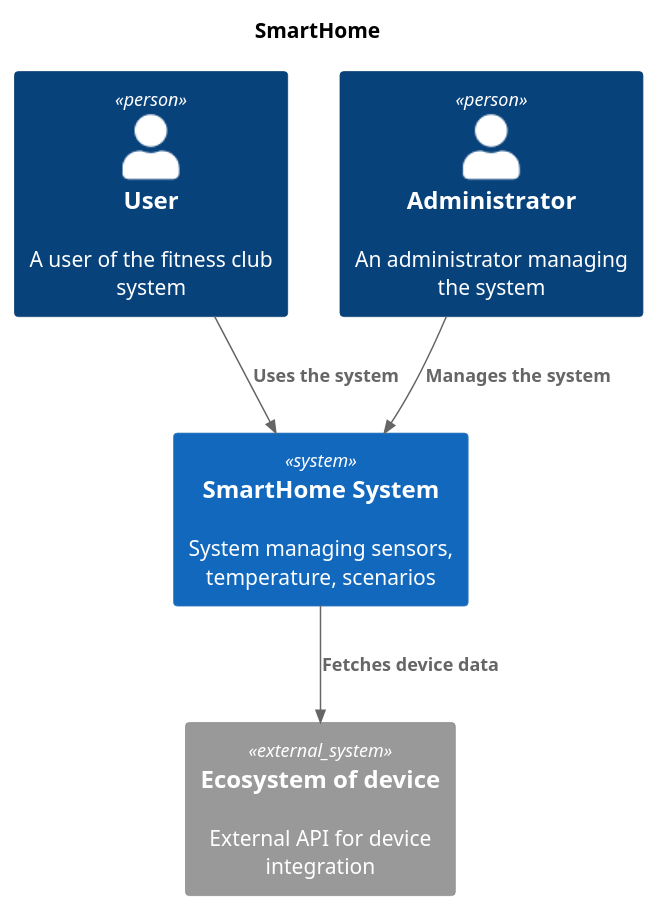
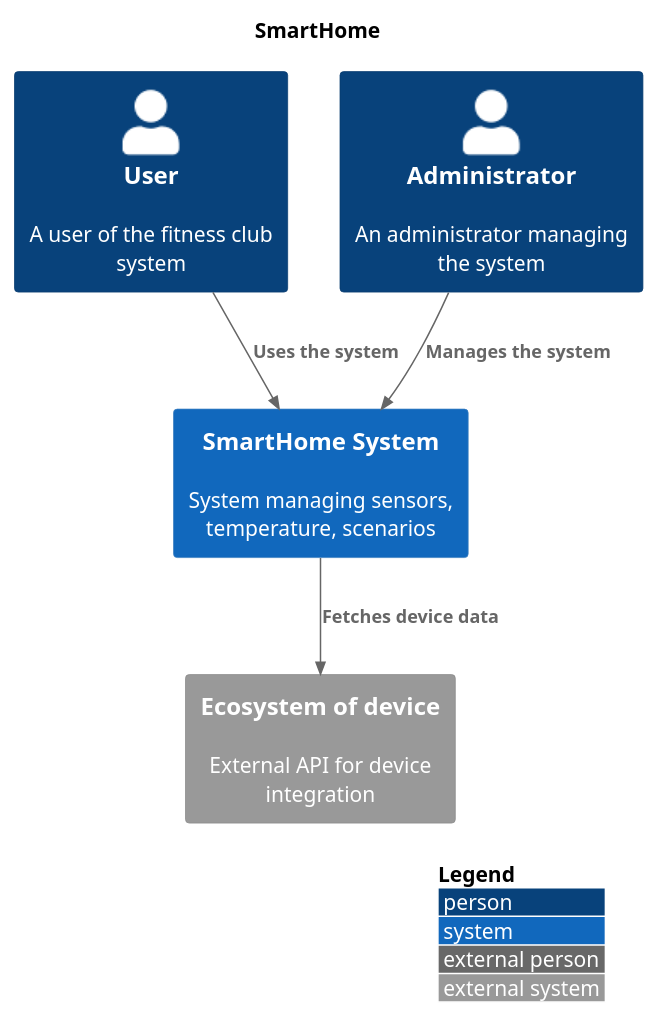
Before and after one commit to an-yanusov/architecture-sprint-3: the diagram in tasks/task1/context.puml, drawn with PlantUML. The commit also changed 4 other files, not shown here.

```diff
--- a/tasks/task1/context.puml
+++ b/tasks/task1/context.puml
@@ -1,16 +1,17 @@
 @startuml
-!include C4_Context.puml
+!includeurl https://raw.githubusercontent.com/RicardoNiepel/C4-PlantUML/master/C4_Context.puml
+LAYOUT_WITH_LEGEND()
 
 title SmartHome
 
 Person(user, "User", "A user of the fitness club system")
 Person(admin, "Administrator", "An administrator managing the system")
 System(SmartHomeSystem, "SmartHome System", "System managing sensors, temperature, scenarios")
 
 System_Ext(api, "Ecosystem of device", "External API for device integration")
 
 Rel(user, SmartHomeSystem, "Uses the system")
 Rel(admin,SmartHomeSystem,"Manages the system")
 Rel(SmartHomeSystem,api,"Fetches device data")
 
 @enduml 
```
